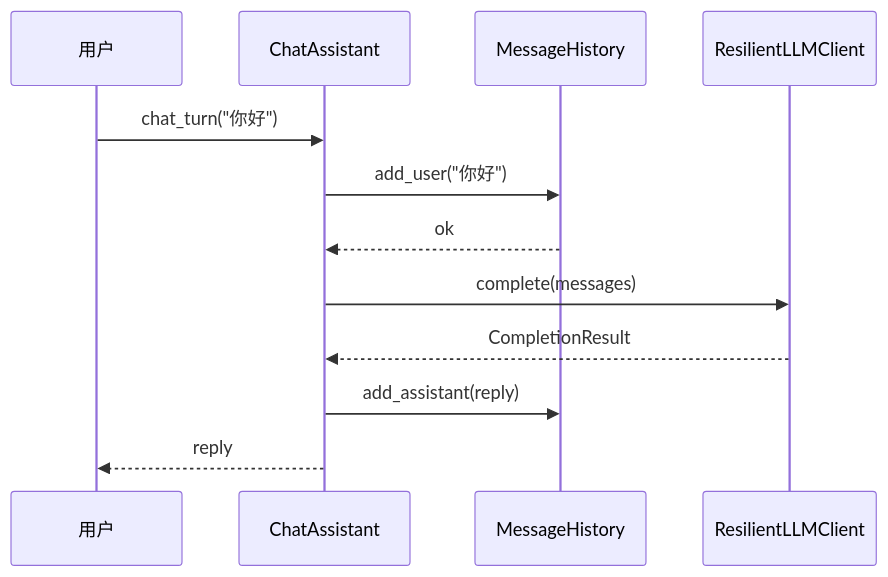
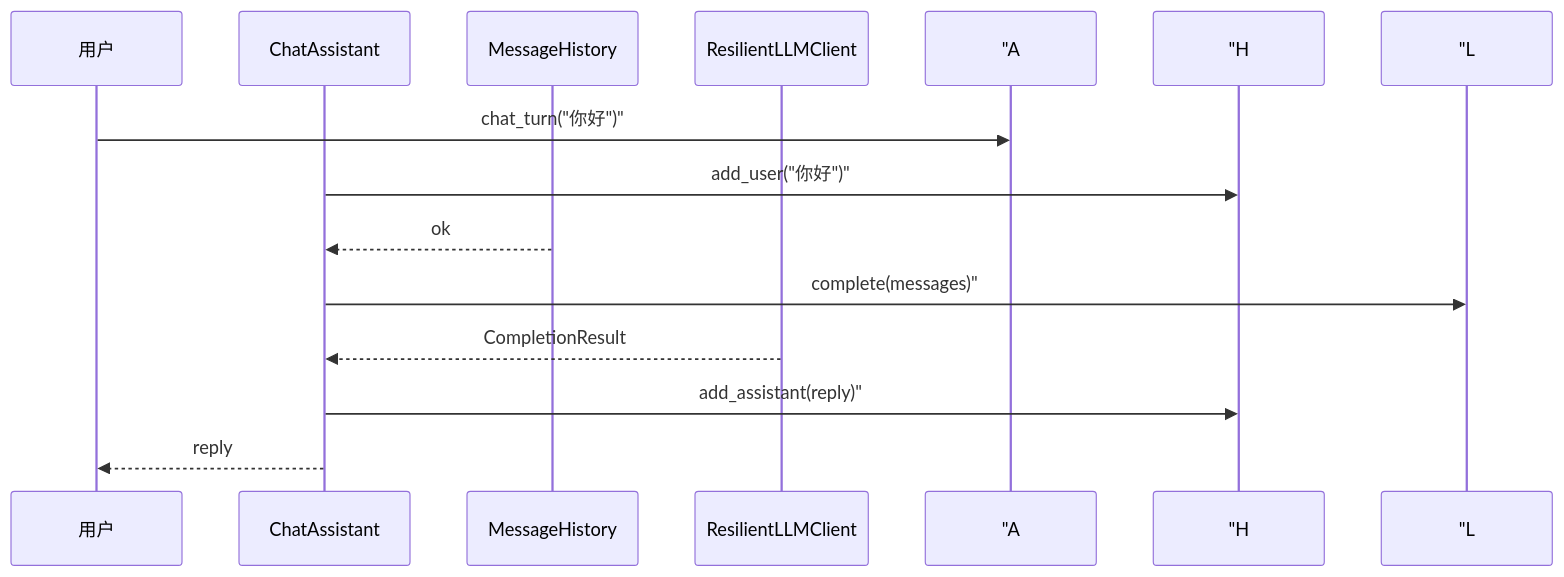
Before and after one commit to ab6539763/70_days_course_plus: the second of 2 diagrams in course/day14/03_架构设计.md, drawn with Mermaid. The commit also changed other lines of this file and 134 other files, not shown here.

````diff
--- a/course/day14/03_架构设计.md
+++ b/course/day14/03_架构设计.md
@@ -69,14 +69,14 @@
 ```mermaid
 sequenceDiagram
     participant U as 用户
     participant A as ChatAssistant
     participant H as MessageHistory
     participant L as ResilientLLMClient
-  U->>A: chat_turn("你好")
-    A->>H: add_user("你好")
+  U->> "A: chat_turn("你好")"
+    A->> "H: add_user("你好")"
     H-->>A: ok
-    A->>L: complete(messages)
+    A->> "L: complete(messages)"
     L-->>A: CompletionResult
-    A->>H: add_assistant(reply)
+    A->> "H: add_assistant(reply)"
     A-->>U: reply
 ```
````
